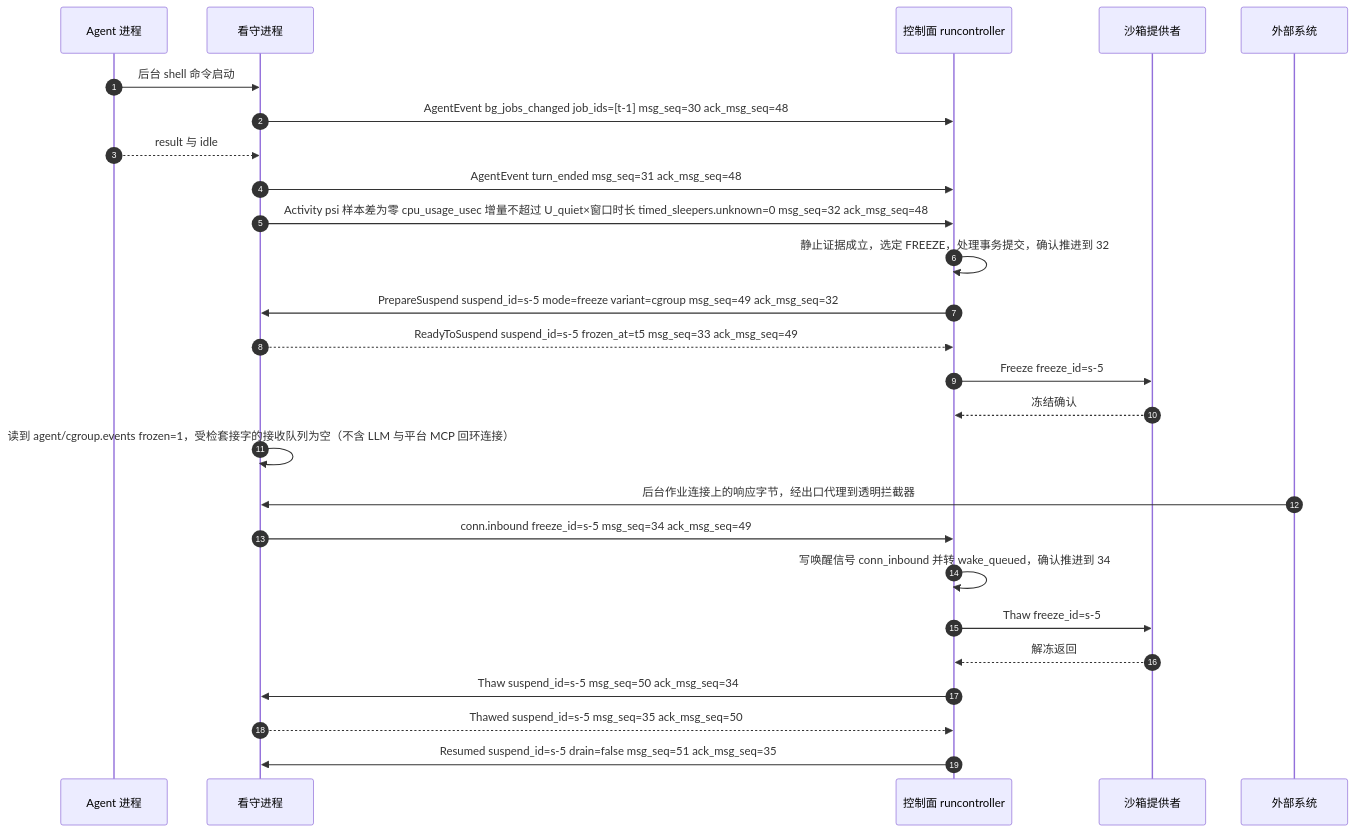
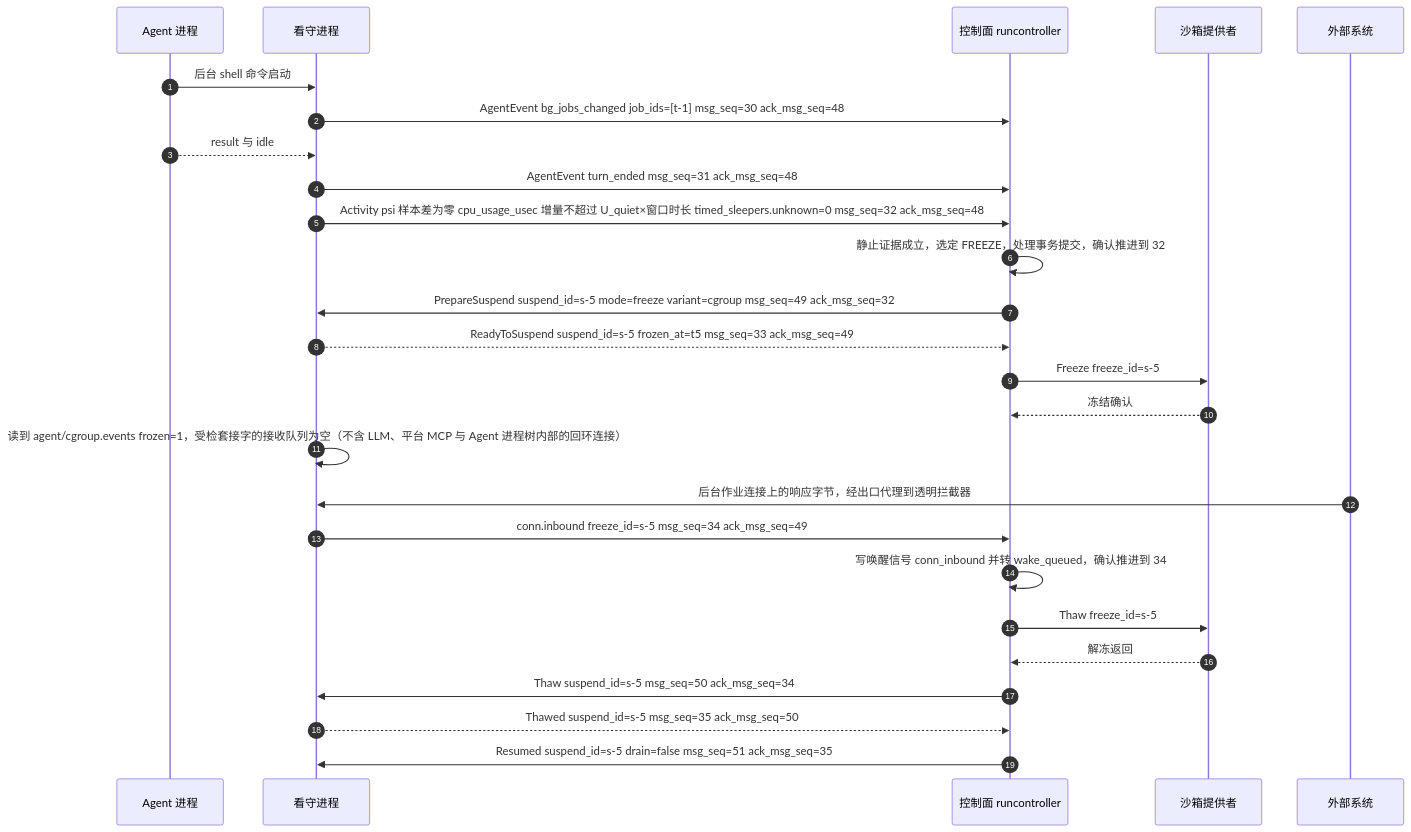
One commit to wangzw/castworks changed the seventh of 8 diagrams in docs/design/modules/design-agentprotocol.md. Above: the diagram before and after it, drawn with Mermaid. The commit also changed other lines of this file and 13 other files, not shown here.

````diff
--- a/docs/design/modules/design-agentprotocol.md
+++ b/docs/design/modules/design-agentprotocol.md
@@ -520,28 +520,28 @@
 ```mermaid
 sequenceDiagram
     autonumber
     participant A as Agent 进程
     participant W as 看守进程
     participant R as 控制面 runcontroller
     participant P as 沙箱提供者
     participant X as 外部系统
     A->>W: 后台 shell 命令启动
     W->>R: AgentEvent bg_jobs_changed job_ids=[t-1] msg_seq=30 ack_msg_seq=48
     A-->>W: result 与 idle
     W->>R: AgentEvent turn_ended msg_seq=31 ack_msg_seq=48
     W->>R: Activity psi 样本差为零 cpu_usage_usec 增量不超过 U_quiet×窗口时长 timed_sleepers.unknown=0 msg_seq=32 ack_msg_seq=48
     R->>R: 静止证据成立，选定 FREEZE，处理事务提交，确认推进到 32
     R->>W: PrepareSuspend suspend_id=s-5 mode=freeze variant=cgroup msg_seq=49 ack_msg_seq=32
     W-->>R: ReadyToSuspend suspend_id=s-5 frozen_at=t5 msg_seq=33 ack_msg_seq=49
     R->>P: Freeze freeze_id=s-5
     P-->>R: 冻结确认
-    W->>W: 读到 agent/cgroup.events frozen=1，受检套接字的接收队列为空（不含 LLM 与平台 MCP 回环连接）
+    W->>W: 读到 agent/cgroup.events frozen=1，受检套接字的接收队列为空（不含 LLM、平台 MCP 与 Agent 进程树内部的回环连接）
     X->>W: 后台作业连接上的响应字节，经出口代理到透明拦截器
     W->>R: conn.inbound freeze_id=s-5 msg_seq=34 ack_msg_seq=49
     R->>R: 写唤醒信号 conn_inbound 并转 wake_queued，确认推进到 34
     R->>P: Thaw freeze_id=s-5
     P-->>R: 解冻返回
     R->>W: Thaw suspend_id=s-5 msg_seq=50 ack_msg_seq=34
     W-->>R: Thawed suspend_id=s-5 msg_seq=35 ack_msg_seq=50
     R->>W: Resumed suspend_id=s-5 drain=false msg_seq=51 ack_msg_seq=35
 ```
````
